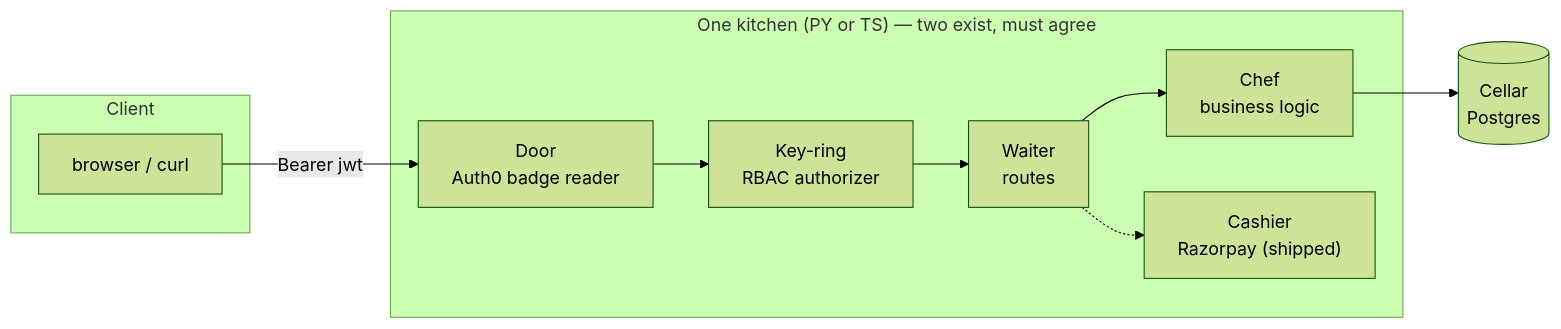
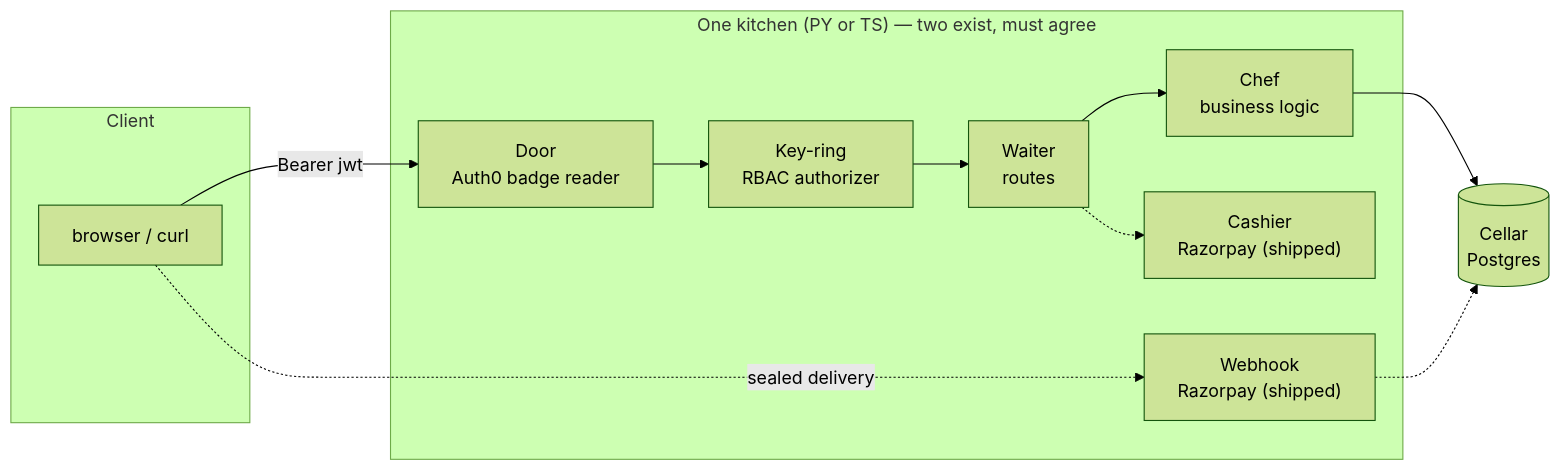
Before and after one commit to ratneshmurugesan/tech-foundry: the diagram in docs_v2/product/taskflow/taskflow-build.md, drawn with Mermaid (forest theme). The commit also changed other lines of this file and 6 other files, not shown here.

Commit message:
docs(day-16): Razorpay webhook transitions related documentation

````diff
--- a/docs_v2/product/taskflow/taskflow-build.md
+++ b/docs_v2/product/taskflow/taskflow-build.md
@@ -115,16 +122,19 @@
 ```mermaid
 flowchart LR
   subgraph client["Client"]
     C["browser / curl"]
   end
   subgraph kitchen["One kitchen (PY or TS) — two exist, must agree"]
     DOOR["Door<br/>Auth0 badge reader"]
     KEYS["Key-ring<br/>RBAC authorizer"]
     ROUTE["Waiter<br/>routes"]
     CHEF["Chef<br/>business logic"]
     CASH["Cashier<br/>Razorpay (shipped)"]
+    WEBHOOK["Webhook<br/>Razorpay (shipped)"]
   end
   CELLAR[("Cellar<br/>Postgres")]
   C -->|Bearer jwt| DOOR --> KEYS --> ROUTE --> CHEF --> CELLAR
   ROUTE -.-> CASH
+  C -.->|sealed delivery| WEBHOOK
+  WEBHOOK -.-> CELLAR
 ```
````
